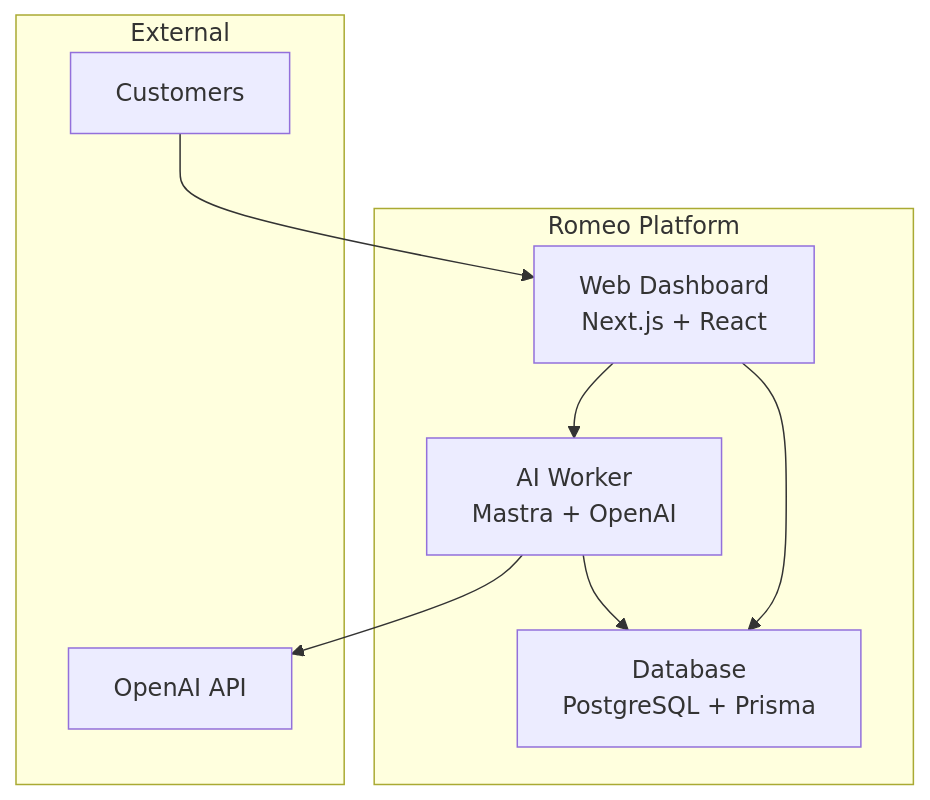
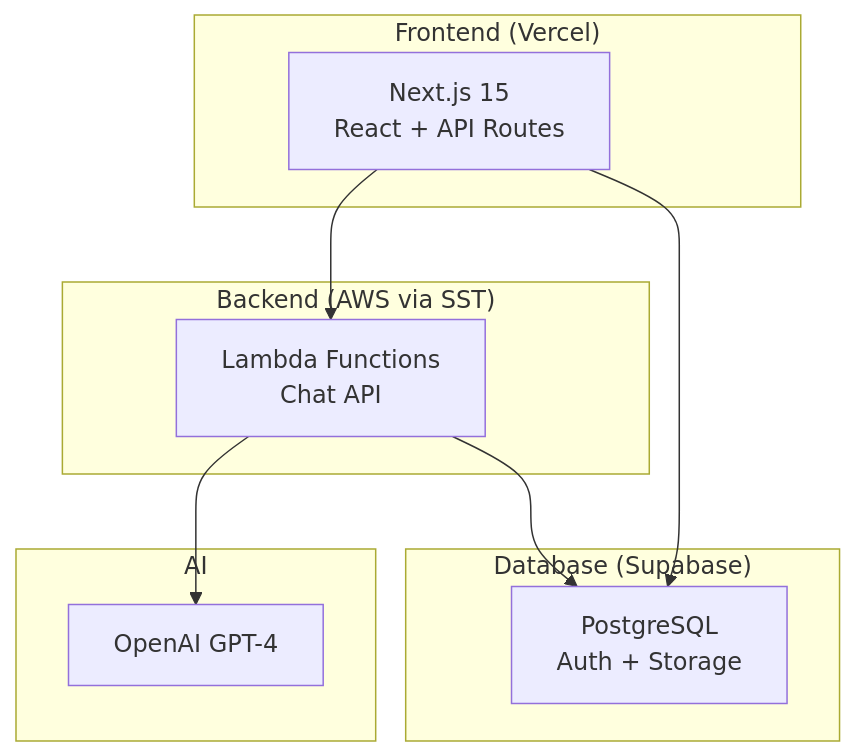
The diagram in README.md (verona-ai/Romeo), drawn with Mermaid before and after one commit. The commit also changed other lines of this file and 36 other files, not shown here.

````diff
--- a/README.md
+++ b/README.md
@@ -29,19 +64,23 @@
 ```mermaid
 graph TB
-    subgraph "Romeo Platform"
-        W[Web Dashboard<br/>Next.js + React]
-        A[AI Worker<br/>Mastra + OpenAI]
-        D[Database<br/>PostgreSQL + Prisma]
+    subgraph "Frontend (Vercel)"
+        W[Next.js 15<br/>React + API Routes]
     end
     
-    subgraph "External"
-        C[Customers]
-        O[OpenAI API]
+    subgraph "Backend (AWS via SST)"
+        A[Lambda Functions<br/>Chat API]
     end
     
-    C --> W
+    subgraph "Database (Supabase)"
+        D[PostgreSQL<br/>Auth + Storage]
+    end
+    
+    subgraph "AI"
+        O[OpenAI GPT-4]
+    end
+    
     W --> A
-    A --> O
     W --> D
     A --> D
+    A --> O
 ```
````
